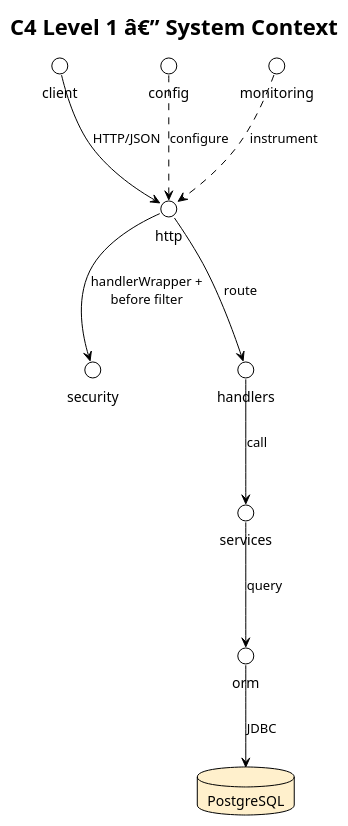
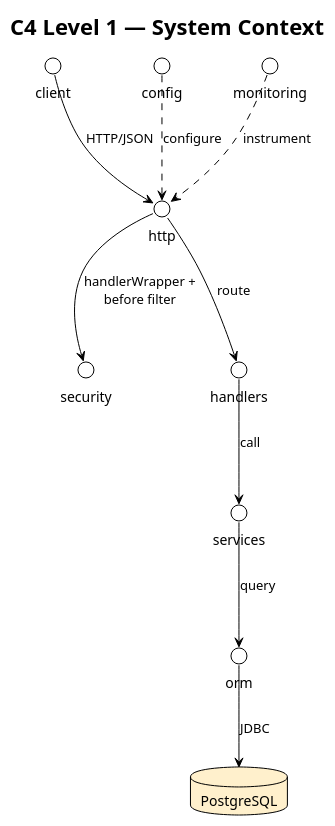
One commit to batzorigt/rest-api-template changed the first of 5 diagrams in docs/architecture.md. Above: the diagram before and after it, drawn with PlantUML. The commit also changed other lines of this file, not shown here.

Commit message:
Fix encoding issues in architecture documentation

````diff
--- a/docs/architecture.md
+++ b/docs/architecture.md
@@ -30,19 +30,19 @@
 ```plantuml
 @startuml C4_Context
 !theme plain
-title C4 Level 1 â€” System Context
+title C4 Level 1 — System Context
 
 
 database "PostgreSQL" as db #fff0cc
 
 client --> http : "HTTP/JSON"
 http --> security : "handlerWrapper +\nbefore filter"
 http --> handlers : "route"
 handlers --> services : "call"
 services --> orm : "query"
 orm --> db : "JDBC"
 config ..> http : "configure"
 monitoring ..> http : "instrument"
 
 @enduml
 ```
````
